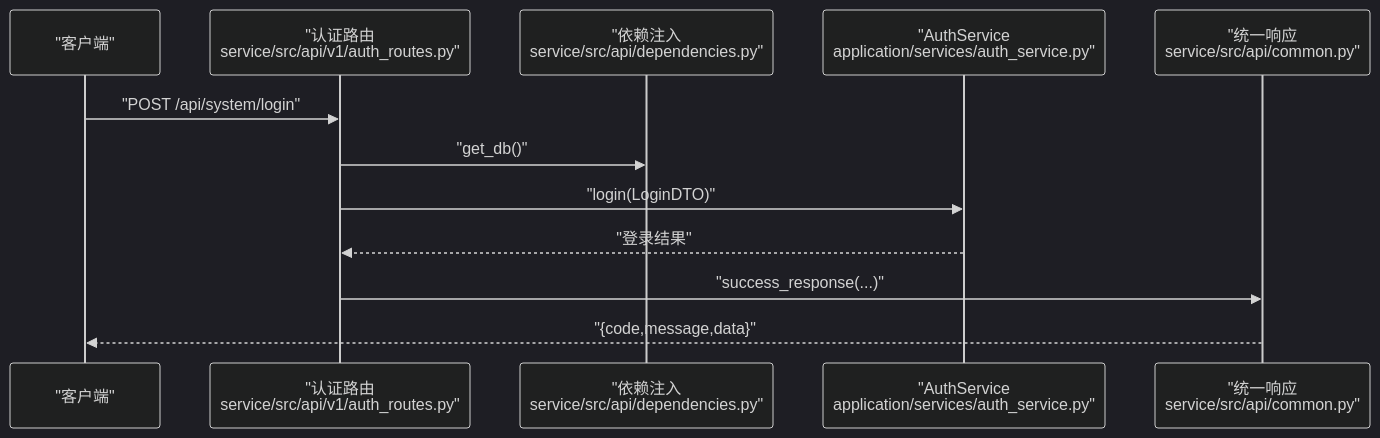
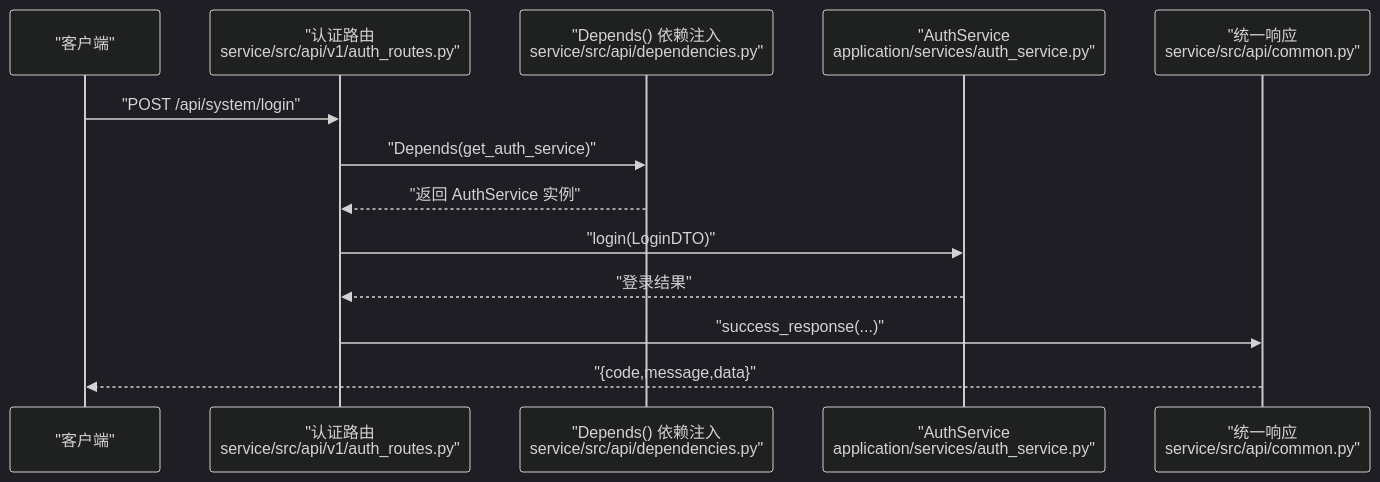
One commit to taoweidong/Hello-FastApi changed the third of 9 diagrams in .qoder/repowiki/zh/content/后端架构设计/DDD 分层架构详解/表现层（API Routes）.md. Above: the diagram before and after it, drawn with Mermaid (dark theme). The commit also changed other lines of this file and 18 other files, not shown here.

````diff
--- a/.qoder/repowiki/zh/content/后端架构设计/DDD 分层架构详解/表现层（API Routes）.md
+++ b/.qoder/repowiki/zh/content/后端架构设计/DDD 分层架构详解/表现层（API Routes）.md
@@ -162,14 +184,15 @@
 ```mermaid
 sequenceDiagram
 participant Client as "客户端"
 participant Auth as "认证路由<br/>service/src/api/v1/auth_routes.py"
-participant Dep as "依赖注入<br/>service/src/api/dependencies.py"
+participant Dep as "Depends() 依赖注入<br/>service/src/api/dependencies.py"
 participant Svc as "AuthService<br/>application/services/auth_service.py"
 participant Resp as "统一响应<br/>service/src/api/common.py"
 Client->>Auth : "POST /api/system/login"
-Auth->>Dep : "get_db()"
+Auth->>Dep : "Depends(get_auth_service)"
+Dep-->>Auth : "返回 AuthService 实例"
 Auth->>Svc : "login(LoginDTO)"
 Svc-->>Auth : "登录结果"
 Auth->>Resp : "success_response(...)"
 Resp-->>Client : "{code,message,data}"
 ```
````
